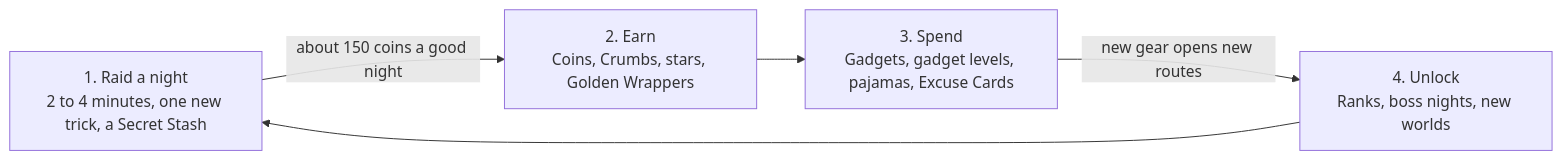
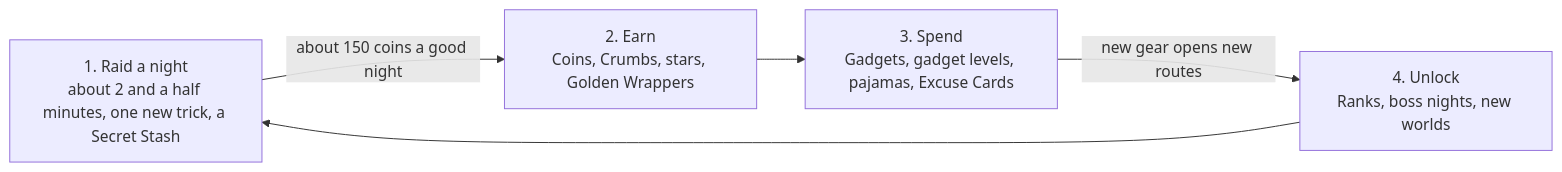
Before and after one commit to priyesh25/snack-raid: the third of 3 diagrams in docs/game-design.md, drawn with Mermaid. The commit also changed other lines of this file and 19 other files, not shown here.

````diff
--- a/docs/game-design.md
+++ b/docs/game-design.md
@@ -507,7 +508,7 @@
 ```mermaid
 flowchart LR
-  A["1. Raid a night<br>2 to 4 minutes, one new trick, a Secret Stash"] -- "about 150 coins a good night" --> B["2. Earn<br>Coins, Crumbs, stars, Golden Wrappers"]
+  A["1. Raid a night<br>about 2 and a half minutes, one new trick, a Secret Stash"] -- "about 150 coins a good night" --> B["2. Earn<br>Coins, Crumbs, stars, Golden Wrappers"]
   B --> C["3. Spend<br>Gadgets, gadget levels, pajamas, Excuse Cards"]
   C -- "new gear opens new routes" --> D["4. Unlock<br>Ranks, boss nights, new worlds"]
   D --> A
 ```
````
